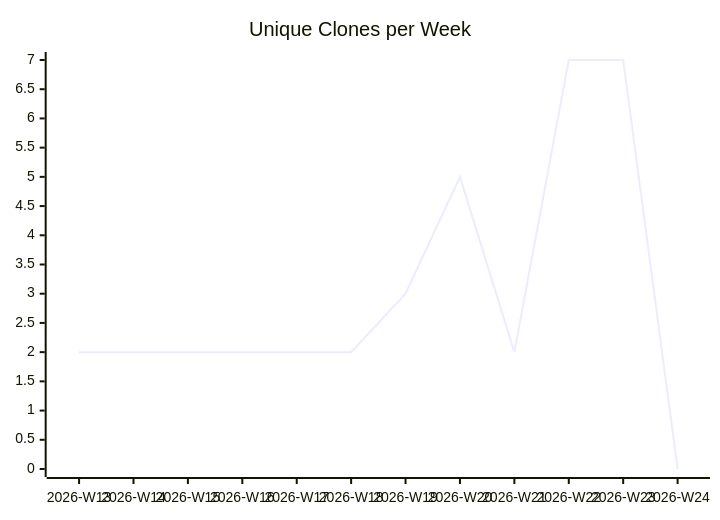
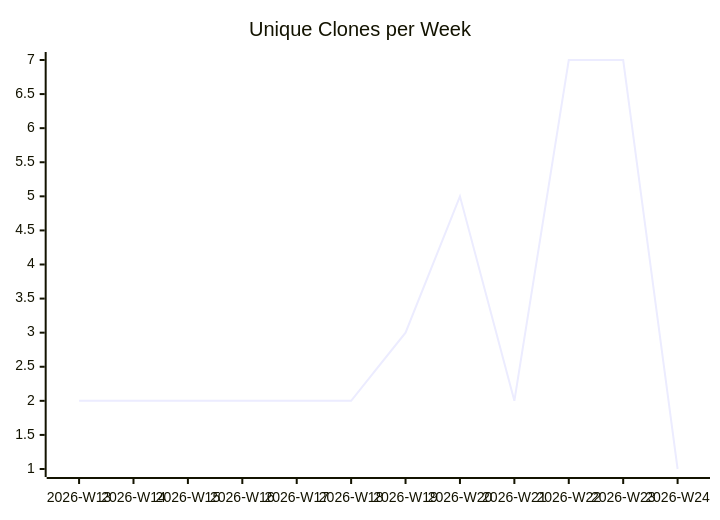
Before and after one commit to justdavis-family/github-analytics-data: the third of 3 diagrams in karlmdavis/rps-tourney/README.md, drawn with Mermaid. The commit also changed other lines of this file and 194 other files, not shown here.

````diff
--- a/karlmdavis/rps-tourney/README.md
+++ b/karlmdavis/rps-tourney/README.md
@@ -19,6 +19,6 @@
 ```mermaid
 xychart-beta
   title "Unique Clones per Week"
   x-axis ["2026-W13", "2026-W14", "2026-W15", "2026-W16", "2026-W17", "2026-W18", "2026-W19", "2026-W20", "2026-W21", "2026-W22", "2026-W23", "2026-W24"]
-  line [2, 2, 2, 2, 2, 2, 3, 5, 2, 7, 7, 0]
+  line [2, 2, 2, 2, 2, 2, 3, 5, 2, 7, 7, 1]
 ```
````
